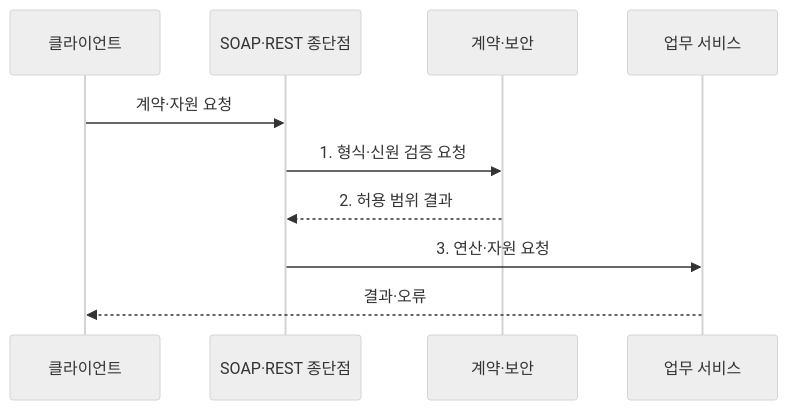
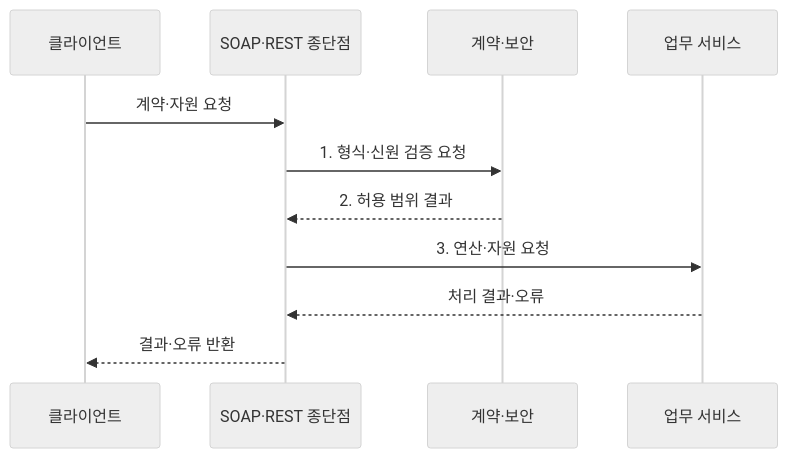
The second of 2 diagrams in src/content/docs/notes/03-software/170_soap_vs_rest.md (agnusdei1207/knowledge-base), drawn with Mermaid (neutral theme) before and after one commit. The commit also changed other lines of this file and 8 other files, not shown here.

````diff
--- a/src/content/docs/notes/03-software/170_soap_vs_rest.md
+++ b/src/content/docs/notes/03-software/170_soap_vs_rest.md
@@ -89,12 +89,13 @@
 ```mermaid
 sequenceDiagram
     participant C as 클라이언트
     participant E as SOAP·REST 종단점
     participant V as 계약·보안
     participant B as 업무 서비스
     C->>E: 계약·자원 요청
     E->>V: 1. 형식·신원 검증 요청
     V-->>E: 2. 허용 범위 결과
     E->>B: 3. 연산·자원 요청
-    B-->>C: 결과·오류
+    B-->>E: 처리 결과·오류
+    E-->>C: 결과·오류 반환
 ```
````
